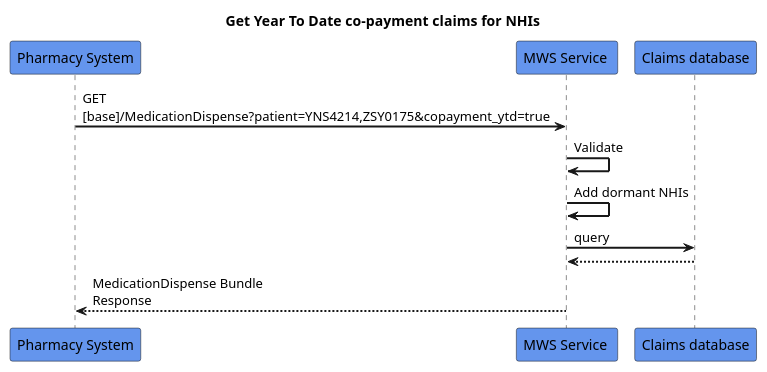
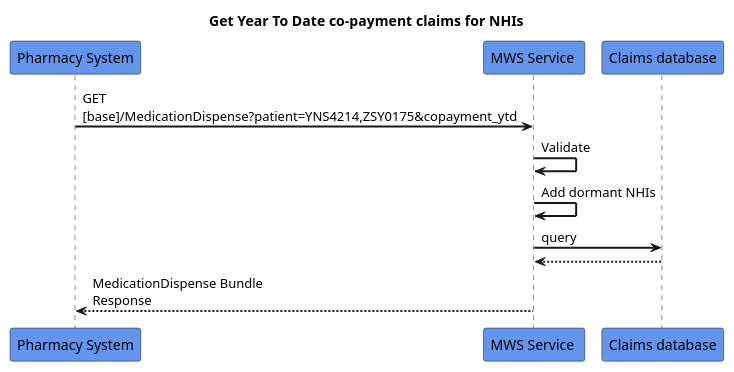
Before and after one commit to HL7NZ/mws-ig: the diagram in input/images-source/search_copayments.plantuml, drawn with PlantUML.

Commit message:
Update search_copayments.plantuml
Updated plantuml sequence diagram.
modified the search string '&copayment_ytd=true.
to '&copayment_ytd'

```diff
--- a/input/images-source/search_copayments.plantuml
+++ b/input/images-source/search_copayments.plantuml
@@ -1,19 +1,19 @@
 @startuml
 skinparam sequenceArrowThickness 2
 skinparam roundcorner 5
 skinparam maxmessagesize 180
 skinparam sequenceParticipant bold
 title Get Year To Date co-payment claims for NHIs
 participant "Pharmacy System" as A #CornflowerBlue
 participant "MWS Service " as B #CornflowerBlue
 participant "Claims database" as C #CornflowerBlue
 
-A -> B: GET [base]/MedicationDispense?patient=YNS4214,ZSY0175&copayment_ytd=true
+A -> B: GET [base]/MedicationDispense?patient=YNS4214,ZSY0175&copayment_ytd
 B -> B: Validate
 B -> B: Add dormant NHIs
 B -> C: query
 C -[dashed]-> B:
 
 B -[dashed]-> A: MedicationDispense Bundle Response 
 
 @enduml
```
